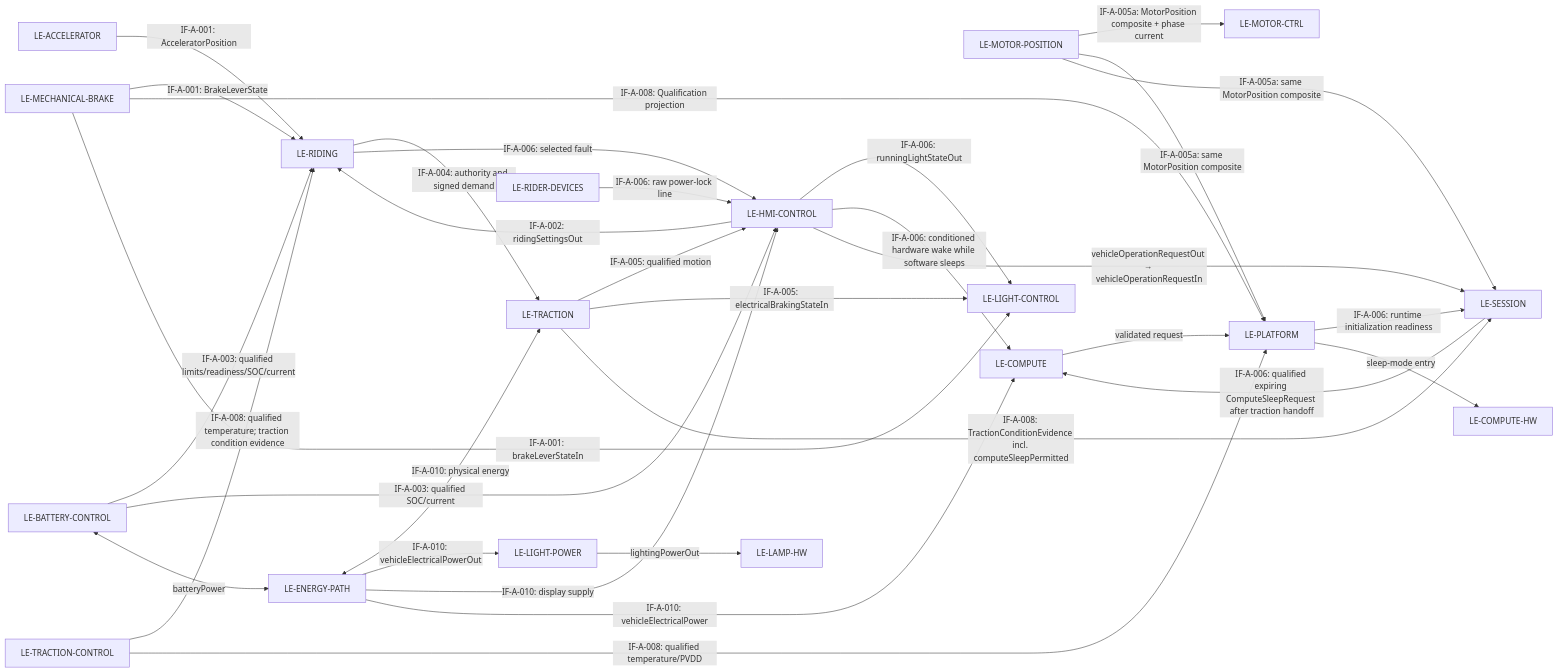
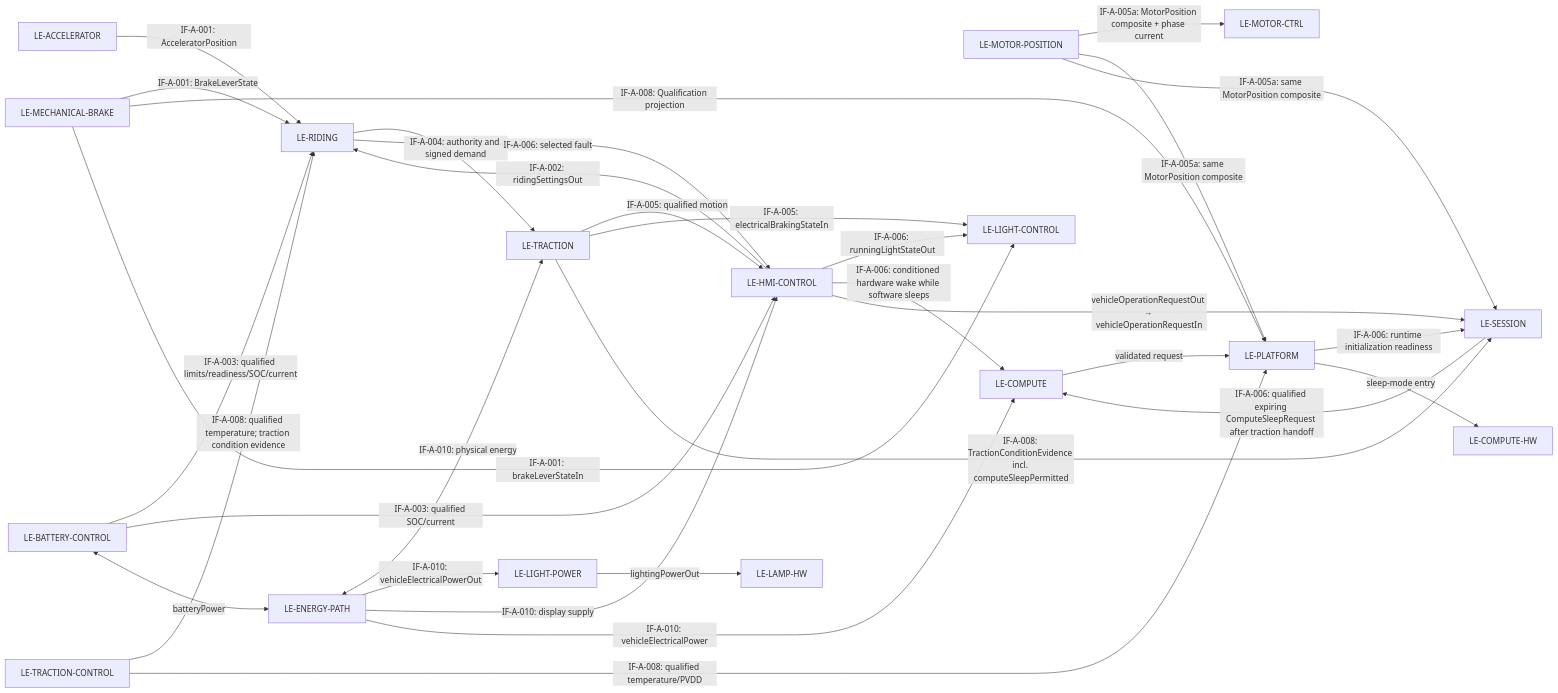
The second of 2 diagrams in .devenv/Architecture/SystemArchitecture/ARCH-001_System_Architecture.md (dhellhake/X2CityMCU), drawn with Mermaid before and after one commit. The commit also changed other lines of this file and 40 other files, not shown here.

````diff
--- a/.devenv/Architecture/SystemArchitecture/ARCH-001_System_Architecture.md
+++ b/.devenv/Architecture/SystemArchitecture/ARCH-001_System_Architecture.md
@@ -110,38 +109,37 @@
 ```mermaid
 flowchart LR
     Accelerator["LE-ACCELERATOR"] -->|"IF-A-001: AcceleratorPosition"| Riding["LE-RIDING"]
     MechanicalBrake["LE-MECHANICAL-BRAKE"] -->|"IF-A-001: BrakeLeverState"| Riding
     Riding -->|"IF-A-004: authority and signed demand"| Drive["LE-TRACTION"]
     TractionControl["LE-TRACTION-CONTROL"]
     MotorControl["LE-MOTOR-CTRL"]
     MotorPosition["LE-MOTOR-POSITION"]
     Platform["LE-PLATFORM"]
     TractionControl -->|"IF-A-008: qualified temperature; traction condition evidence"| Riding
     TractionControl -->|"IF-A-008: qualified temperature/PVDD"| Platform
     MechanicalBrake -->|"IF-A-008: Qualification projection"| Platform
     MotorPosition -->|"IF-A-005a: MotorPosition composite + phase current"| MotorControl
     MotorPosition -->|"IF-A-005a: same MotorPosition composite"| Platform
     MotorPosition -->|"IF-A-005a: same MotorPosition composite"| Session["LE-SESSION"]
     BatteryControl["LE-BATTERY-CONTROL"] -->|"IF-A-003: qualified limits/readiness/SOC/current"| Riding
     BatteryControl -->|"IF-A-003: qualified SOC/current"| HmiControl["LE-HMI-CONTROL"]
     BatteryControl <-->|"batteryPower"| EnergyPath["LE-ENERGY-PATH"]
     EnergyPath <-->|"IF-A-010: physical energy"| Drive
     Riding -->|"IF-A-006: selected fault"| HmiControl
     Drive -->|"IF-A-005: qualified motion"| HmiControl
     HmiControl -->|"IF-A-002: ridingSettingsOut"| Riding
     HmiControl -->|"IF-A-006: runningLightStateOut"| LightControl["LE-LIGHT-CONTROL"]
     MechanicalBrake -->|"IF-A-001: brakeLeverStateIn"| LightControl
     Drive -->|"IF-A-005: electricalBrakingStateIn"| LightControl
     EnergyPath -->|"IF-A-010: vehicleElectricalPowerOut"| LightPower["LE-LIGHT-POWER"]
     EnergyPath -->|"IF-A-010: display supply"| HmiControl
-    RiderDevices["LE-RIDER-DEVICES"] -->|"IF-A-006: raw power-lock line"| HmiControl
     HmiControl -->|"IF-A-006: conditioned hardware wake while software sleeps"| Compute["LE-COMPUTE"]
     HmiControl -->|"vehicleOperationRequestOut → vehicleOperationRequestIn"| Session["LE-SESSION"]
     EnergyPath -->|"IF-A-010: vehicleElectricalPower"| Compute
     Platform -->|"IF-A-006: runtime initialization readiness"| Session
     Drive -->|"IF-A-008: TractionConditionEvidence incl. computeSleepPermitted"| Session
     Session -->|"IF-A-006: qualified expiring ComputeSleepRequest after traction handoff"| Compute["LE-COMPUTE"]
     Compute -->|"validated request"| Platform["LE-PLATFORM"]
     Platform -->|"sleep-mode entry"| ComputeHardware["LE-COMPUTE-HW"]
     LightPower -->|"lightingPowerOut"| LightActuation["LE-LAMP-HW"]
 ```
````
